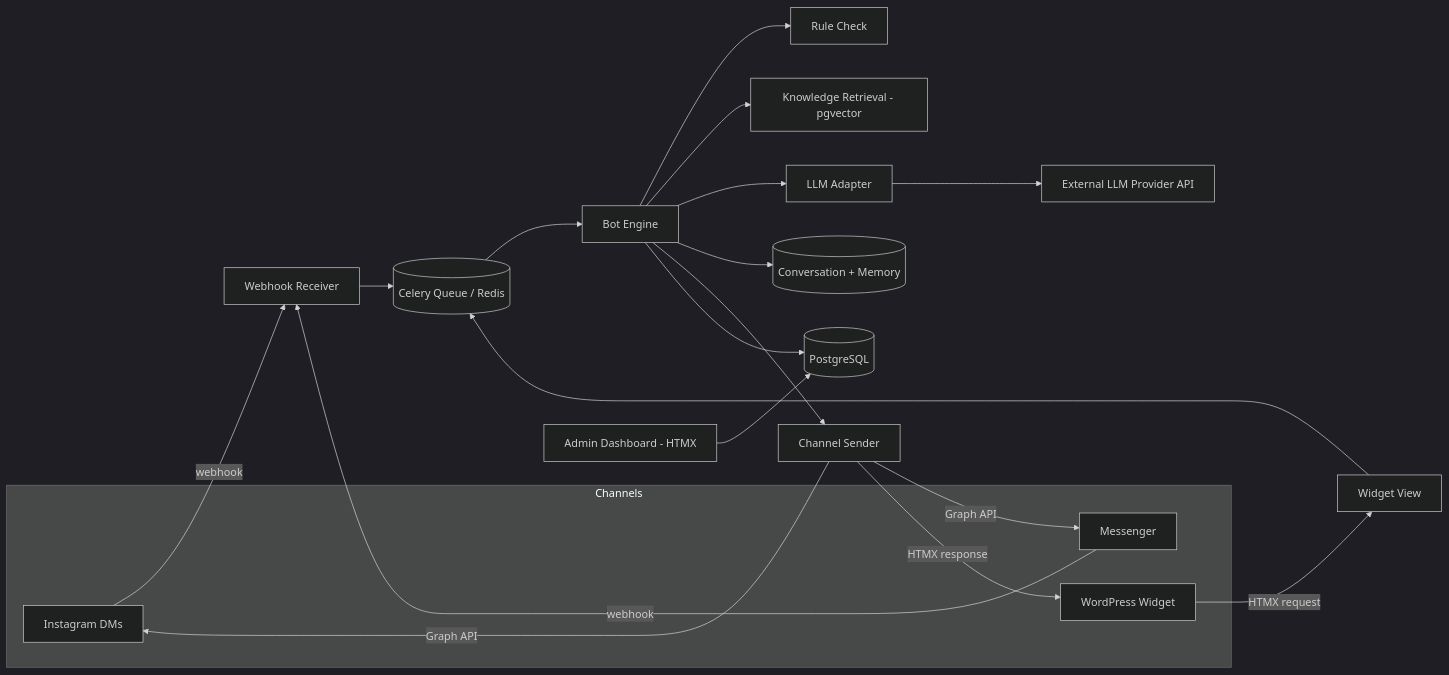
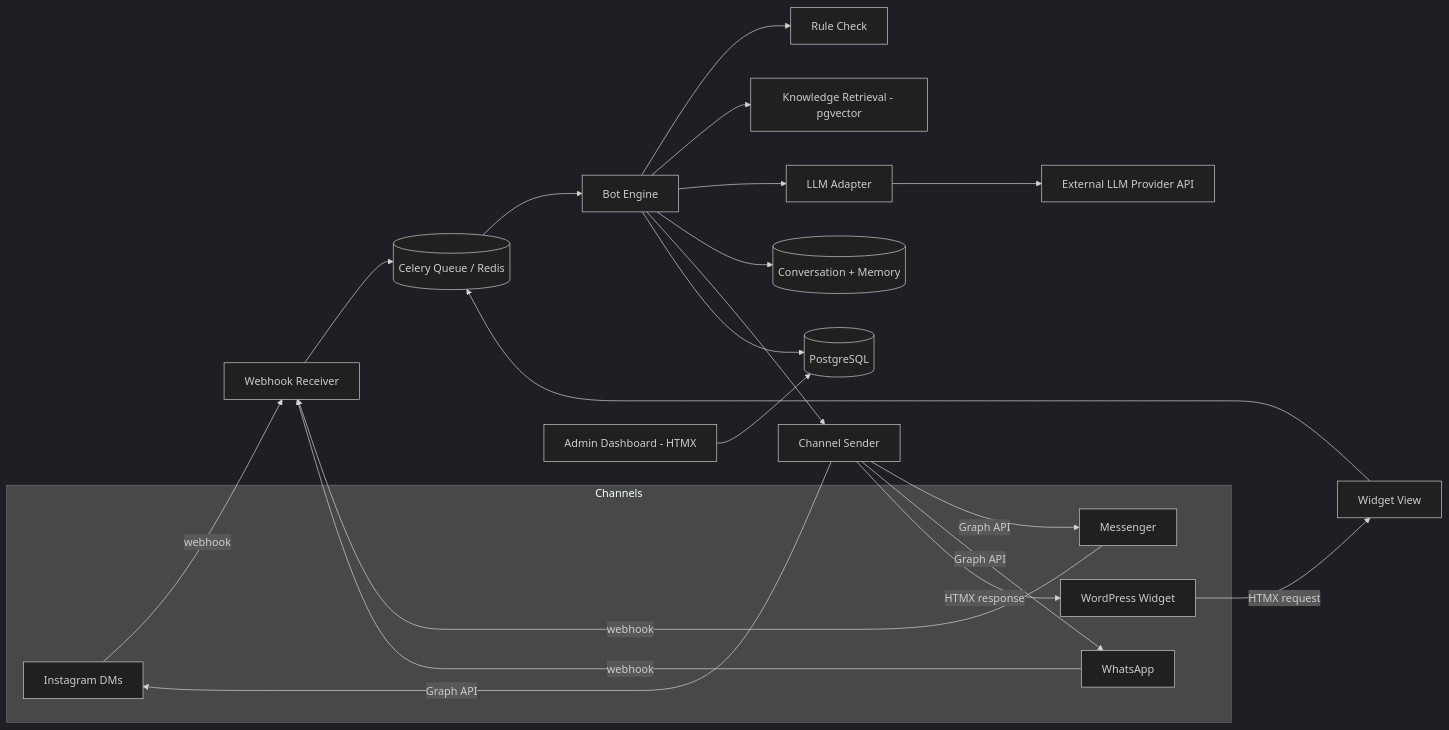
One commit to HasiburQOR/Ai_powered_chat_bot changed the diagram in 02_ARCHITECTURE.md. Above: the diagram before and after it, drawn with Mermaid (dark theme). The commit also changed other lines of this file and 18 other files, not shown here.

First line of the commit message:
Ship WhatsApp channel, deep bot memory, and shorter replies

````diff
--- a/02_ARCHITECTURE.md
+++ b/02_ARCHITECTURE.md
@@ -18,31 +18,34 @@
 ```mermaid
 flowchart LR
     subgraph Channels
         IG[Instagram DMs]
         MS[Messenger]
+        WA[WhatsApp]
         WP[WordPress Widget]
     end
 
     IG -- webhook --> WH[Webhook Receiver]
     MS -- webhook --> WH
+    WA -- webhook --> WH
     WP -- HTMX request --> WV[Widget View]
 
     WH --> Q[(Celery Queue / Redis)]
     WV --> Q
 
     Q --> ENGINE[Bot Engine]
     ENGINE --> RULES[Rule Check]
     ENGINE --> RAG[Knowledge Retrieval - pgvector]
     ENGINE --> LLM[LLM Adapter]
     ENGINE --> MEM[(Conversation + Memory)]
 
     LLM --> PROVIDER[External LLM Provider API]
 
     ENGINE --> SEND[Channel Sender]
     SEND -- Graph API --> IG
     SEND -- Graph API --> MS
+    SEND -- Graph API --> WA
     SEND -- HTMX response --> WP
 
     DASH[Admin Dashboard - HTMX] --> DB[(PostgreSQL)]
     ENGINE --> DB
 ```
````
